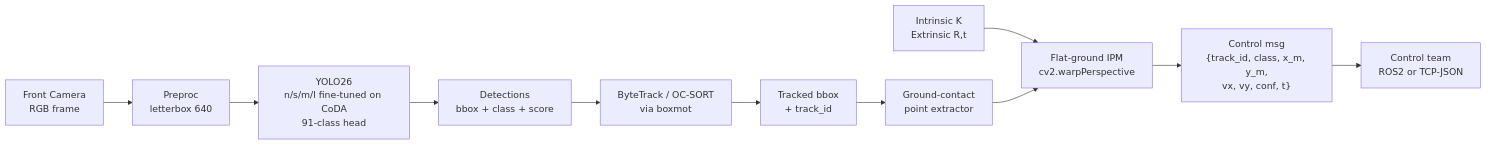
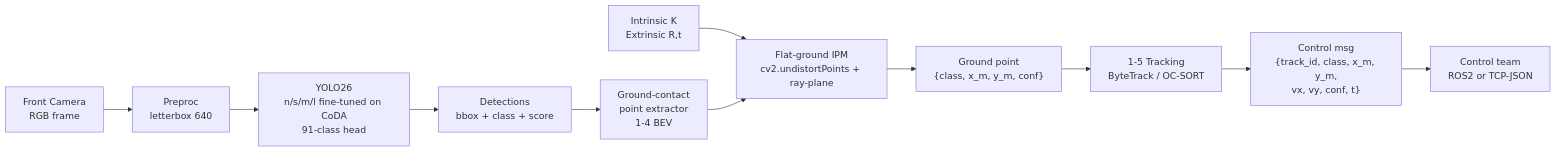
Before and after one commit to DCUSnSLab/SCVTerraVision: the diagram in docs/PLAN.md, drawn with Mermaid. The commit also changed other lines of this file and 5 other files, not shown here.

````diff
--- a/docs/PLAN.md
+++ b/docs/PLAN.md
@@ -69,13 +69,13 @@
 ```mermaid
 flowchart LR
     CAM[Front Camera<br/>RGB frame] --> PRE[Preproc<br/>letterbox 640]
     PRE --> YOLO[YOLO26<br/>n/s/m/l fine-tuned on CoDA<br/>91-class head]
     YOLO --> DET["Detections<br/>bbox + class + score"]
-    DET --> TRK[ByteTrack / OC-SORT<br/>via boxmot]
-    TRK --> TRKOUT["Tracked bbox<br/>+ track_id"]
-    TRKOUT --> FOOT[Ground-contact<br/>point extractor]
+    DET --> FOOT[Ground-contact<br/>point extractor<br/>1-4 BEV]
     CALIB[Intrinsic K<br/>Extrinsic R,t] --> IPM
-    FOOT --> IPM[Flat-ground IPM<br/>cv2.warpPerspective]
-    IPM --> OUT["Control msg<br/>{track_id, class, x_m, y_m,<br/>vx, vy, conf, t}"]
+    FOOT --> IPM[Flat-ground IPM<br/>cv2.undistortPoints + ray-plane]
+    IPM --> GROUND["Ground point<br/>{class, x_m, y_m, conf}"]
+    GROUND --> TRK[1-5 Tracking<br/>ByteTrack / OC-SORT]
+    TRK --> OUT["Control msg<br/>{track_id, class, x_m, y_m,<br/>vx, vy, conf, t}"]
     OUT --> CTRL[Control team<br/>ROS2 or TCP-JSON]
 ```
````
